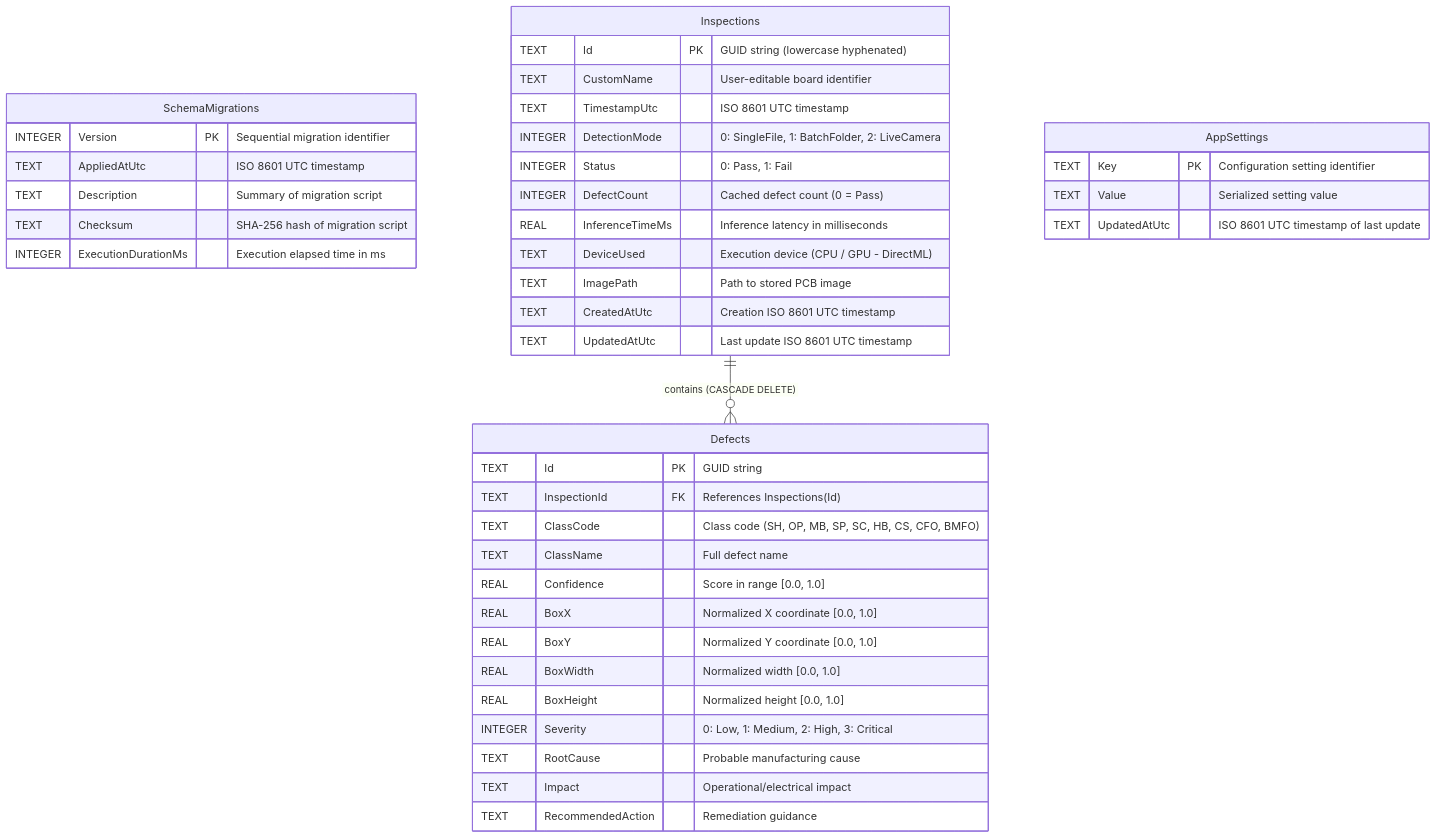
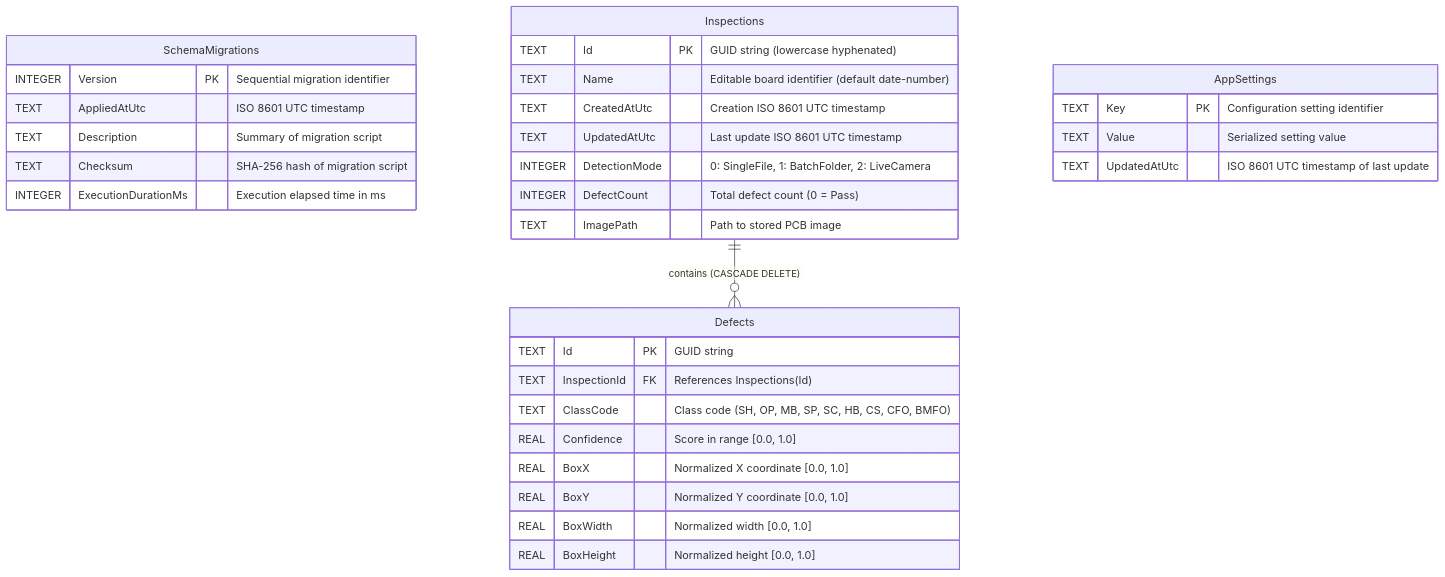
The diagram in specs/2026-11-10-domain-models-database-persistence/resources/database-erd.md (ricky-kiva/pcb-deftek), drawn with Mermaid before and after one commit. The commit also changed other lines of this file and 3 other files, not shown here.

First line of the commit message:
docs(specs): streamline Inspections and Defects schema and domain models

````diff
--- a/specs/2026-11-10-domain-models-database-persistence/resources/database-erd.md
+++ b/specs/2026-11-10-domain-models-database-persistence/resources/database-erd.md
@@ -5,48 +5,39 @@
 ```mermaid
 erDiagram
     SchemaMigrations {
         INTEGER Version PK "Sequential migration identifier"
         TEXT AppliedAtUtc "ISO 8601 UTC timestamp"
         TEXT Description "Summary of migration script"
         TEXT Checksum "SHA-256 hash of migration script"
         INTEGER ExecutionDurationMs "Execution elapsed time in ms"
     }
 
     Inspections {
         TEXT Id PK "GUID string (lowercase hyphenated)"
-        TEXT CustomName "User-editable board identifier"
-        TEXT TimestampUtc "ISO 8601 UTC timestamp"
-        INTEGER DetectionMode "0: SingleFile, 1: BatchFolder, 2: LiveCamera"
-        INTEGER Status "0: Pass, 1: Fail"
-        INTEGER DefectCount "Cached defect count (0 = Pass)"
-        REAL InferenceTimeMs "Inference latency in milliseconds"
-        TEXT DeviceUsed "Execution device (CPU / GPU - DirectML)"
-        TEXT ImagePath "Path to stored PCB image"
+        TEXT Name "Editable board identifier (default date-number)"
         TEXT CreatedAtUtc "Creation ISO 8601 UTC timestamp"
         TEXT UpdatedAtUtc "Last update ISO 8601 UTC timestamp"
+        INTEGER DetectionMode "0: SingleFile, 1: BatchFolder, 2: LiveCamera"
+        INTEGER DefectCount "Total defect count (0 = Pass)"
+        TEXT ImagePath "Path to stored PCB image"
     }
 
     Defects {
         TEXT Id PK "GUID string"
         TEXT InspectionId FK "References Inspections(Id)"
         TEXT ClassCode "Class code (SH, OP, MB, SP, SC, HB, CS, CFO, BMFO)"
-        TEXT ClassName "Full defect name"
         REAL Confidence "Score in range [0.0, 1.0]"
         REAL BoxX "Normalized X coordinate [0.0, 1.0]"
         REAL BoxY "Normalized Y coordinate [0.0, 1.0]"
         REAL BoxWidth "Normalized width [0.0, 1.0]"
         REAL BoxHeight "Normalized height [0.0, 1.0]"
-        INTEGER Severity "0: Low, 1: Medium, 2: High, 3: Critical"
-        TEXT RootCause "Probable manufacturing cause"
-        TEXT Impact "Operational/electrical impact"
-        TEXT RecommendedAction "Remediation guidance"
     }
 
     AppSettings {
         TEXT Key PK "Configuration setting identifier"
         TEXT Value "Serialized setting value"
         TEXT UpdatedAtUtc "ISO 8601 UTC timestamp of last update"
     }
 
     Inspections ||--o{ Defects : "contains (CASCADE DELETE)"
 ```
````
